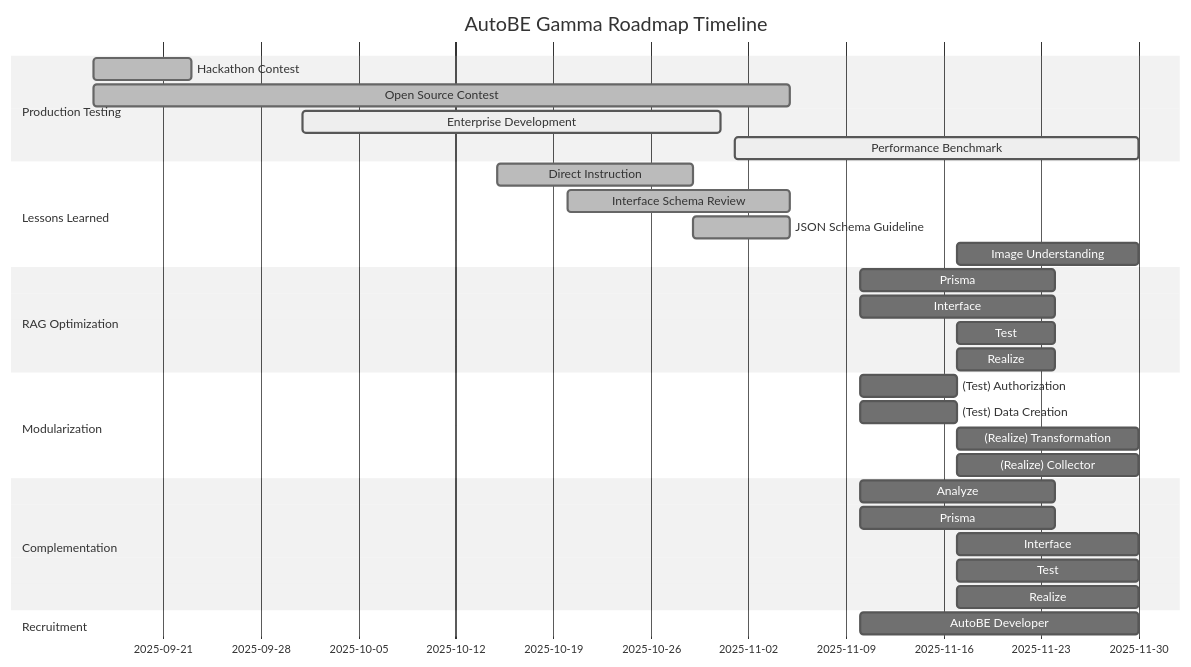
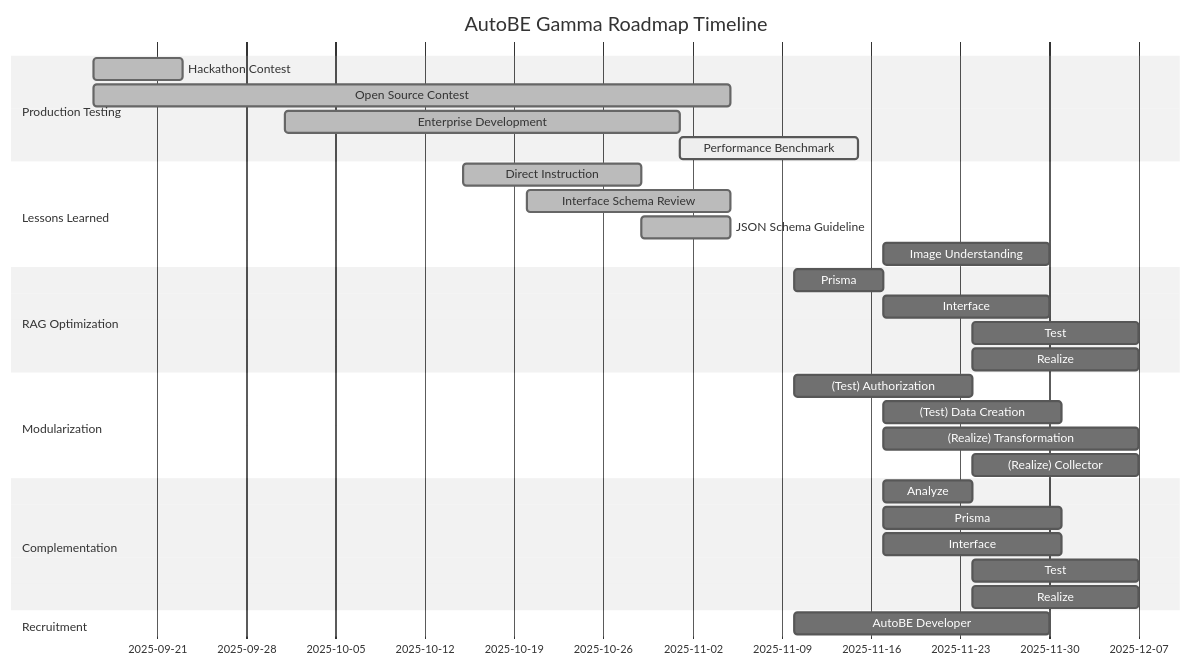
Before and after one commit to wrtnlabs/autobe: the diagram in website/src/content/docs/roadmap/gamma.mdx, drawn with Mermaid (neutral theme). The commit also changed other lines of this file, not shown here.

Commit message:
AI guideline

````diff
--- a/website/src/content/docs/roadmap/gamma.mdx
+++ b/website/src/content/docs/roadmap/gamma.mdx
@@ -9,39 +9,39 @@
 ```mermaid
 gantt
   dateFormat YYYY-MM-DD
   title AutoBE Gamma Roadmap Timeline
 
   section Production Testing
   Hackathon Contest     : done  , 2025-09-16,  7d
   Open Source Contest   : done  , 2025-09-16, 50d
-  Enterprise Development: active, 2025-10-01, 30d
-  Performance Benchmark : active, 2025-11-01, 29d
+  Enterprise Development: done  , 2025-10-01, 31d
+  Performance Benchmark : active, 2025-11-01, 14d
   
   section Lessons Learned
   Direct Instruction     : done,    2025-10-15, 14d
   Interface Schema Review: done,    2025-10-20, 16d
   JSON Schema Guideline  : done,    2025-10-29,  7d
-  Image Understanding     : planned, 2025-11-17, 13d
+  Image Understanding    : planned, 2025-11-17, 13d
 
   section RAG Optimization
-  Prisma   : planned, 2025-11-10, 14d
-  Interface: planned, 2025-11-10, 14d
-  Test     : planned, 2025-11-17,  7d
-  Realize  : planned, 2025-11-17,  7d
+  Prisma   : planned, 2025-11-10,  7d
+  Interface: planned, 2025-11-17, 13d
+  Test     : planned, 2025-11-24, 13d
+  Realize  : planned, 2025-11-24, 13d
 
   section Modularization
-  (Test) Authorization   : planned, 2025-11-10,  7d
-  (Test) Data Creation   : planned, 2025-11-10,  7d
-  (Realize) Transformation: planned, 2025-11-17, 13d
-  (Realize) Collector    : planned, 2025-11-17, 13d
+  (Test) Authorization    : planned, 2025-11-10, 14d
+  (Test) Data Creation    : planned, 2025-11-17, 14d
+  (Realize) Transformation: planned, 2025-11-17, 20d
+  (Realize) Collector     : planned, 2025-11-24, 13d
 
   section Complementation
-  Analyze  : planned, 2025-11-10, 14d
-  Prisma   : planned, 2025-11-10, 14d
-  Interface: planned, 2025-11-17, 13d
-  Test     : planned, 2025-11-17, 13d
-  Realize  : planned, 2025-11-17, 13d
+  Analyze  : planned, 2025-11-17,  7d
+  Prisma   : planned, 2025-11-17, 14d
+  Interface: planned, 2025-11-17, 14d
+  Test     : planned, 2025-11-24, 13d
+  Realize  : planned, 2025-11-24, 13d
 
   section Recruitment
   AutoBE Developer: planned, 2025-11-10, 20d
 ```
````
